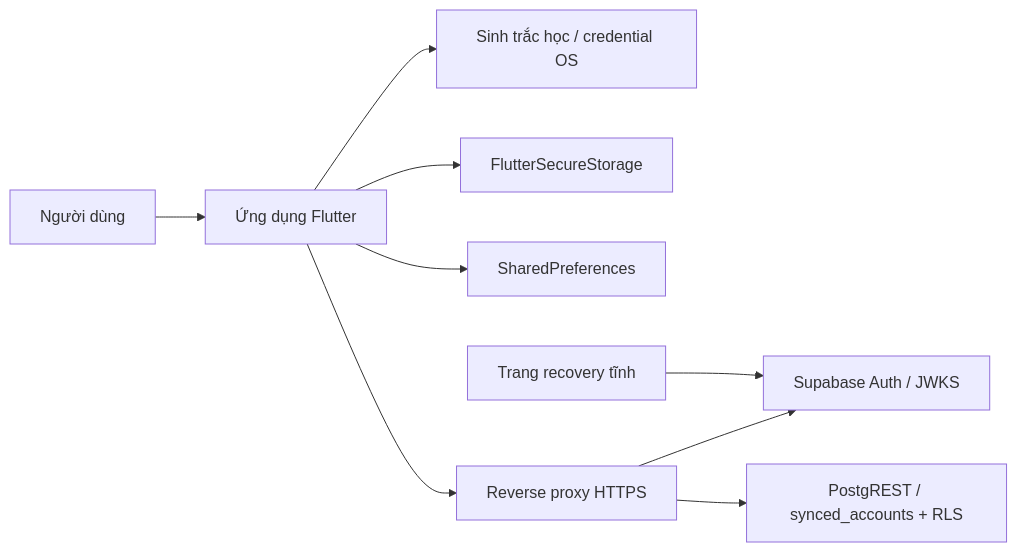
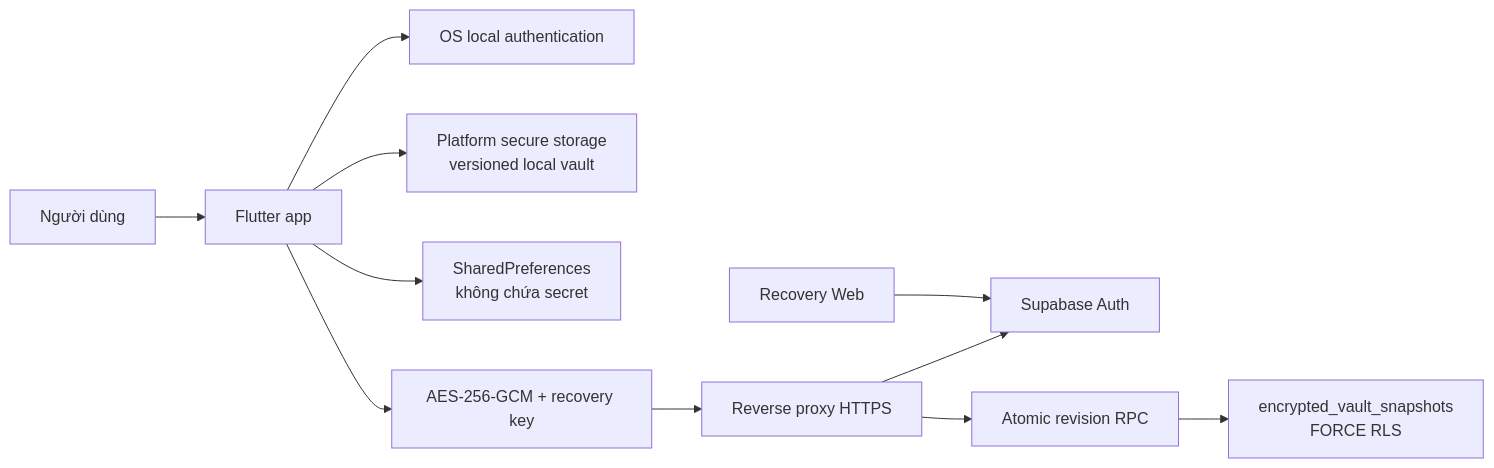
One commit to xuancanhit99/hyper_authenticator changed the diagram in docs/SYSTEM_DESIGN.md. Above: the diagram before and after it, drawn with Mermaid. The commit also changed other lines of this file and 1141 other files, not shown here.

```diff
--- a/docs/SYSTEM_DESIGN.md
+++ b/docs/SYSTEM_DESIGN.md
@@ -14,11 +12,13 @@
 ~~~mermaid
 flowchart LR
-    User["Người dùng"] --> App["Ứng dụng Flutter"]
-    App --> DeviceAuth["Sinh trắc học / credential OS"]
-    App --> SecureStorage["FlutterSecureStorage"]
-    App --> Preferences["SharedPreferences"]
-    App --> Proxy["Reverse proxy HTTPS"]
-    Proxy --> SupabaseAuth["Supabase Auth / JWKS"]
-    Proxy --> SupabaseDB["PostgREST / synced_accounts + RLS"]
-    Recovery["Trang recovery tĩnh"] --> SupabaseAuth
+  User["Người dùng"] --> App["Flutter app"]
+  App --> Lock["OS local authentication"]
+  App --> Vault["Platform secure storage\nversioned local vault"]
+  App --> Prefs["SharedPreferences\nkhông chứa secret"]
+  App --> Cipher["AES-256-GCM + recovery key"]
+  Cipher --> HTTPS["Reverse proxy HTTPS"]
+  HTTPS --> Auth["Supabase Auth"]
+  HTTPS --> RPC["Atomic revision RPC"]
+  RPC --> DB["encrypted_vault_snapshots\nFORCE RLS"]
+  Recovery["Recovery Web"] --> Auth
 ~~~
```
